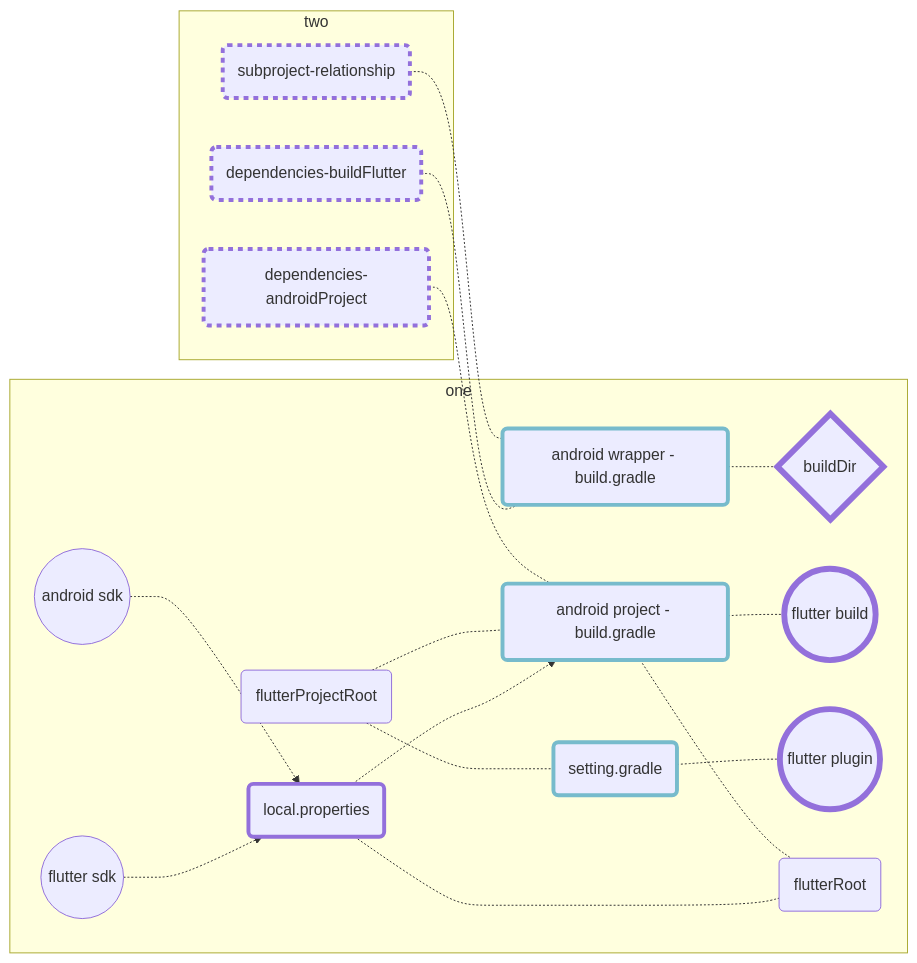
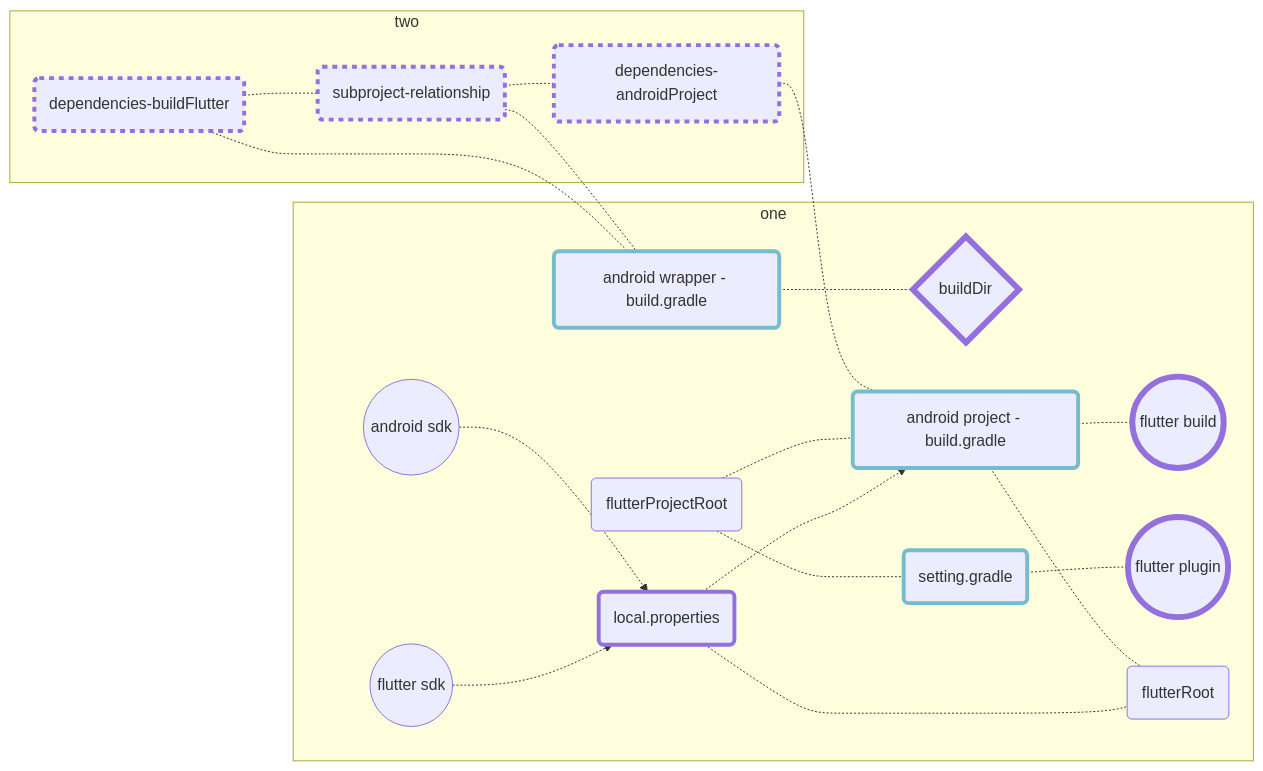
The second of 3 diagrams in flutter/addAndroidProjIntoFlutter.md (gordianknotC/nxp_note), drawn with Mermaid before and after one commit. The commit also changed other lines of this file, not shown here.

````diff
--- a/flutter/addAndroidProjIntoFlutter.md
+++ b/flutter/addAndroidProjIntoFlutter.md
@@ -241,53 +241,55 @@
 ```mermaid
 graph LR
 	fdk((flutter sdk))
 	adk((android sdk))
 	
 	dfb{buildDir}
 	fbuild((flutter build))
 	fpgn((flutter plugin))
 	style fbuild stroke-width:6px   
 	style fpgn stroke-width:6px 
 	style dfb stroke-width:6px 
 	
 	loc(local.properties)
 	style loc stroke-width:4px   
 	
 	set(setting.gradle)
 	b1(android wrapper - build.gradle)
 	b2(android project - build.gradle)
 	style b1 stroke-width:4px, stroke:#7bc
 	style b2 stroke-width:4px, stroke:#7bc
 	style set stroke-width:4px, stroke:#7bc
 
 	dfr(flutterRoot)
 	dfp(flutterProjectRoot)
 	
 	
 	dandroid(dependencies-androidProject)
 	dflutter(dependencies-buildFlutter)
 	dsub(subproject-relationship)
 	style dandroid stroke-width:4px, stroke-dasharray: 5
 	style dflutter stroke-width:4px, stroke-dasharray: 5
 	style dsub stroke-width:4px, stroke-dasharray: 5
 	
 	subgraph one
 		b2 -.- fbuild
 		fdk -.-> loc
 		adk -.-> loc
 		loc -.-> b2
 		loc -.- dfr
 		b2 -.- dfr
 		dfp -.- b2
 		dfp -.- set
 		set -.- fpgn
 		
 		b1 -.- dfb
 	end
 	
 	subgraph two
 		dandroid -.- b2
 		dflutter -.- b1
 		dsub -.- b1
+		dflutter -.- dsub
+		dsub-.- dandroid
 	end
 ```
````
